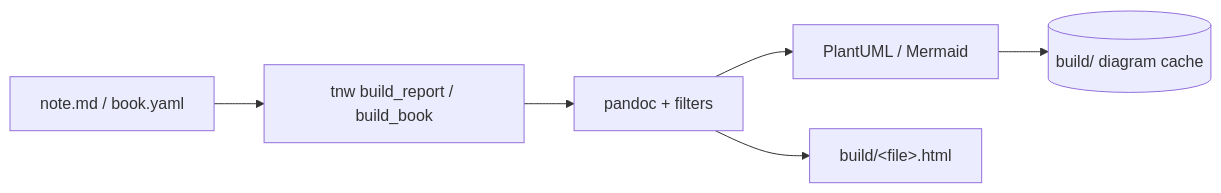
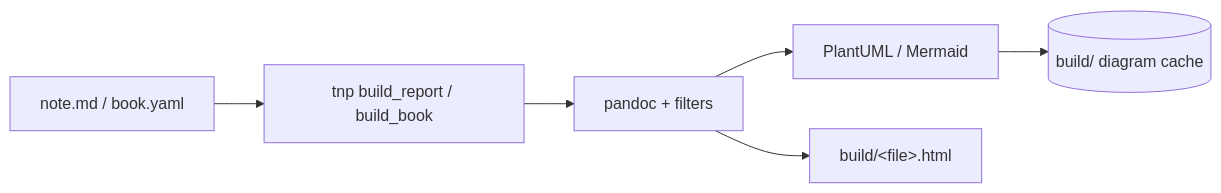
Before and after one commit to dgerod/tnp: the first of 5 diagrams in docs/user-manual.md, drawn with Mermaid. The commit also changed other lines of this file and 116 other files, not shown here.

First line of the commit message:
refactor!: rename 'tnw' to 'tnp'

````diff
--- a/docs/user-manual.md
+++ b/docs/user-manual.md
@@ -112,8 +112,8 @@
 ```mermaid
 flowchart LR
-    MD["note.md / book.yaml"] --> CLI["tnw build_report / build_book"]
+    MD["note.md / book.yaml"] --> CLI["tnp build_report / build_book"]
     CLI --> P["pandoc + filters"]
     P --> D["PlantUML / Mermaid"]
     D --> C[("build/ diagram cache")]
     P --> O["build/&lt;file&gt;.html"]
 ```
````
